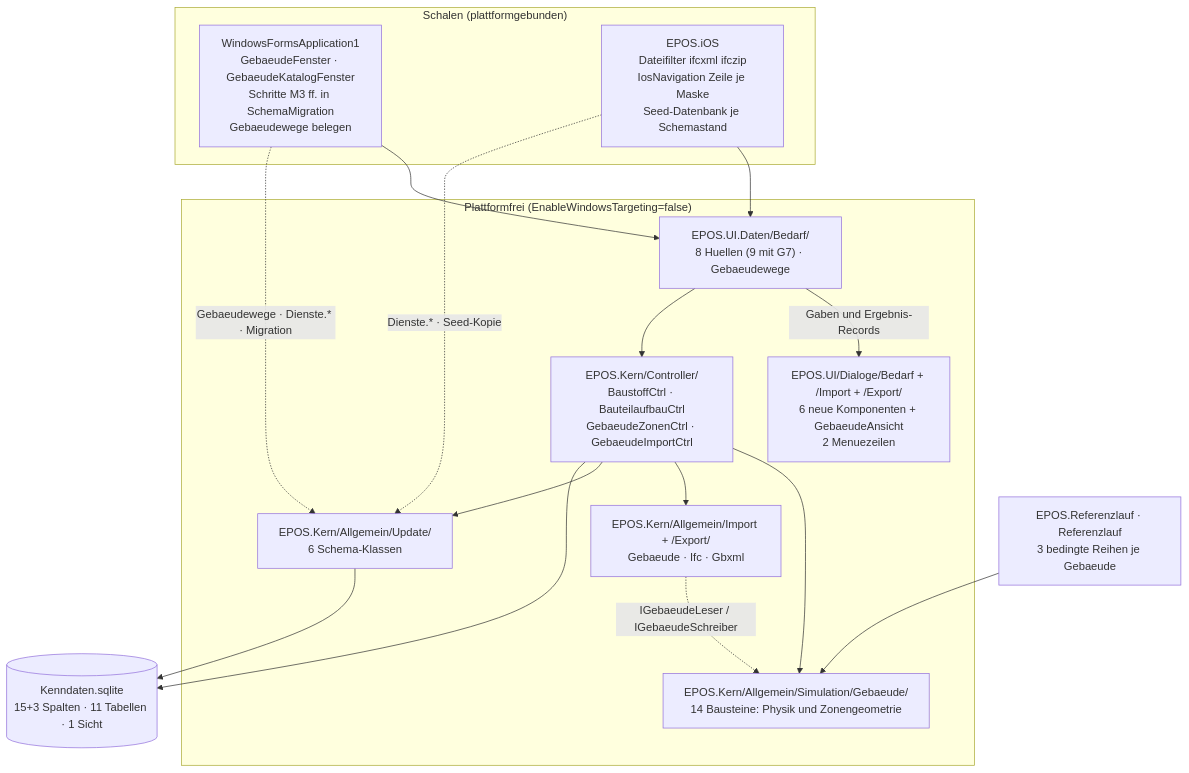
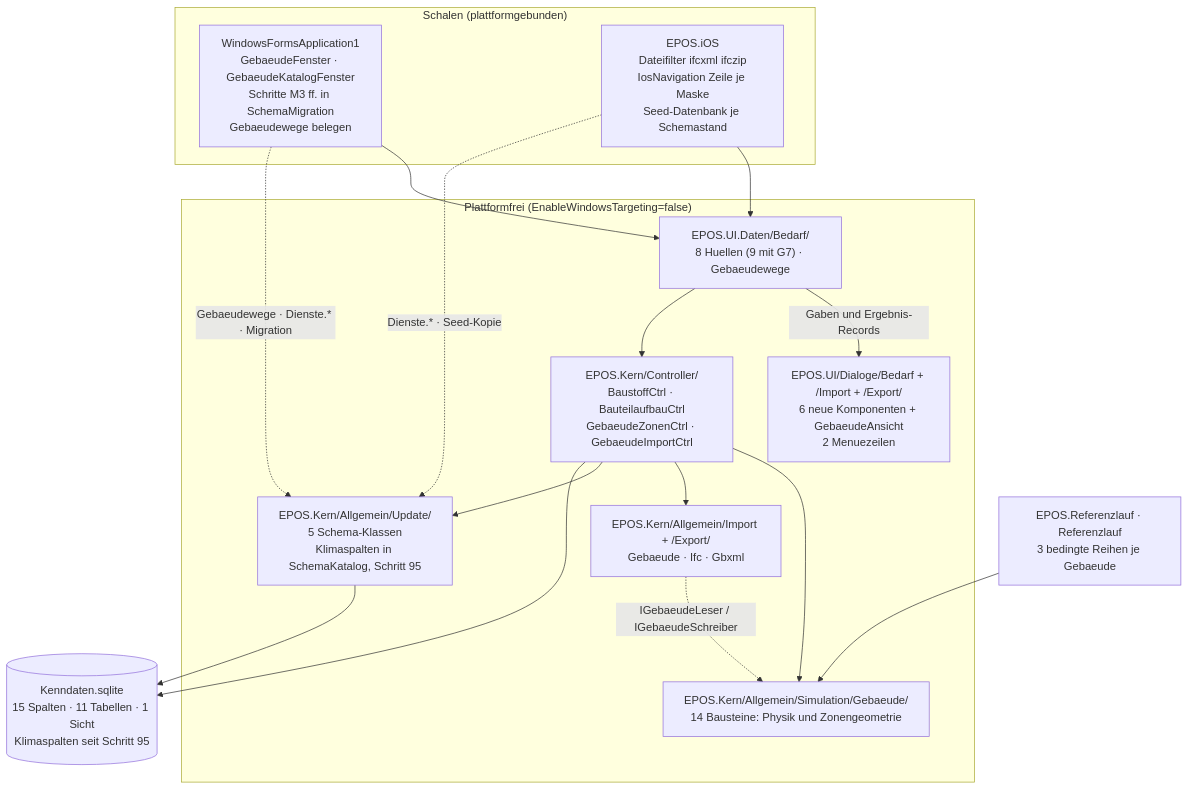
One commit to inekon/EPOS-Plan changed the first of 16 diagrams in Dokumentation/aktuell/Softwarearchitektur_Gebaeudesimulation_EPOS-Plan.md. Above: the diagram before and after it, drawn with Mermaid. The commit also changed other lines of this file and 13 other files, not shown here.

````diff
--- a/Dokumentation/aktuell/Softwarearchitektur_Gebaeudesimulation_EPOS-Plan.md
+++ b/Dokumentation/aktuell/Softwarearchitektur_Gebaeudesimulation_EPOS-Plan.md
@@ -175,31 +200,31 @@
 ```mermaid
 flowchart TB
   subgraph SCHALEN["Schalen (plattformgebunden)"]
     WIN["WindowsFormsApplication1<br/>GebaeudeFenster · GebaeudeKatalogFenster<br/>Schritte M3 ff. in SchemaMigration<br/>Gebaeudewege belegen"]
     IOS["EPOS.iOS<br/>Dateifilter ifcxml ifczip<br/>IosNavigation Zeile je Maske<br/>Seed-Datenbank je Schemastand"]
   end
   subgraph FREI["Plattformfrei (EnableWindowsTargeting=false)"]
     UID["EPOS.UI.Daten/Bedarf/<br/>8 Huellen (9 mit G7) · Gebaeudewege"]
     UI["EPOS.UI/Dialoge/Bedarf + /Import + /Export/<br/>6 neue Komponenten + GebaeudeAnsicht<br/>2 Menuezeilen"]
     KCTRL["EPOS.Kern/Controller/<br/>BaustoffCtrl · BauteilaufbauCtrl<br/>GebaeudeZonenCtrl · GebaeudeImportCtrl"]
     KPHY["EPOS.Kern/Allgemein/Simulation/Gebaeude/<br/>14 Bausteine: Physik und Zonengeometrie"]
     KIO["EPOS.Kern/Allgemein/Import + /Export/<br/>Gebaeude · Ifc · Gbxml"]
-    KSCH["EPOS.Kern/Allgemein/Update/<br/>6 Schema-Klassen"]
+    KSCH["EPOS.Kern/Allgemein/Update/<br/>5 Schema-Klassen<br/>Klimaspalten in SchemaKatalog, Schritt 95"]
   end
   REF["EPOS.Referenzlauf · Referenzlauf<br/>3 bedingte Reihen je Gebaeude"]
-  DB[("Kenndaten.sqlite<br/>15+3 Spalten · 11 Tabellen · 1 Sicht")]
+  DB[("Kenndaten.sqlite<br/>15 Spalten · 11 Tabellen · 1 Sicht<br/>Klimaspalten seit Schritt 95")]
 
   WIN --> UID
   IOS --> UID
   UID -->|Gaben und Ergebnis-Records| UI
   UID --> KCTRL
   KCTRL --> KPHY
   KCTRL --> KIO
   KCTRL --> KSCH
   REF --> KPHY
   KSCH --> DB
   KCTRL --> DB
   WIN -. "Gebaeudewege · Dienste.* · Migration" .-> KSCH
   IOS -. "Dienste.* · Seed-Kopie" .-> KSCH
   KIO -. "IGebaeudeLeser / IGebaeudeSchreiber" .-> KPHY
 ```
````
